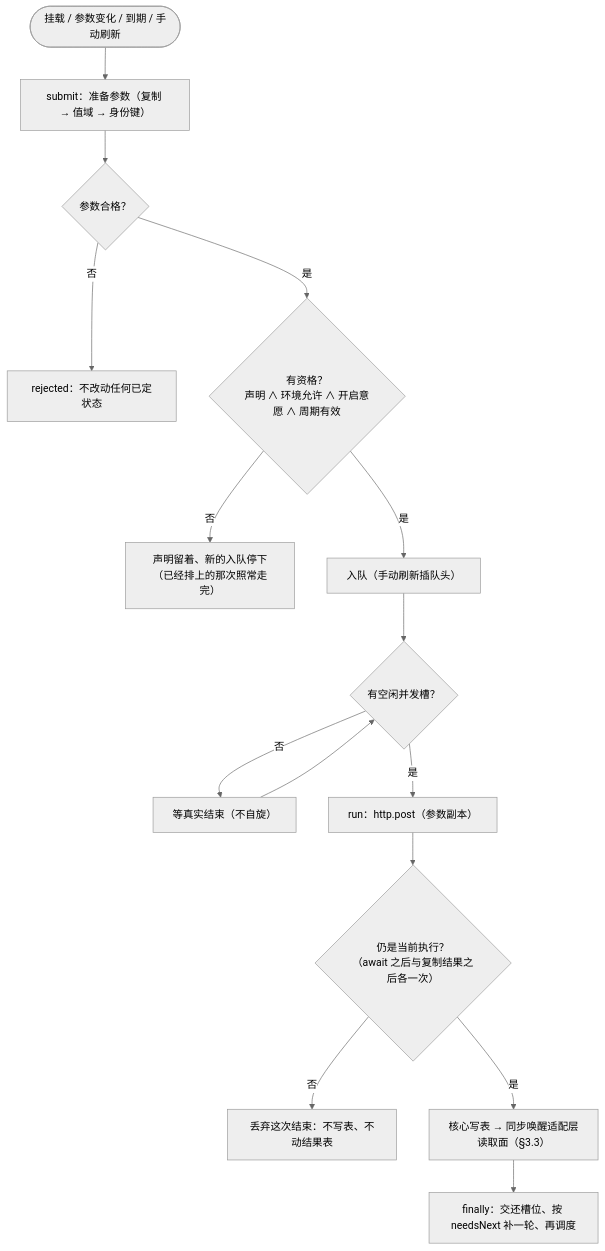
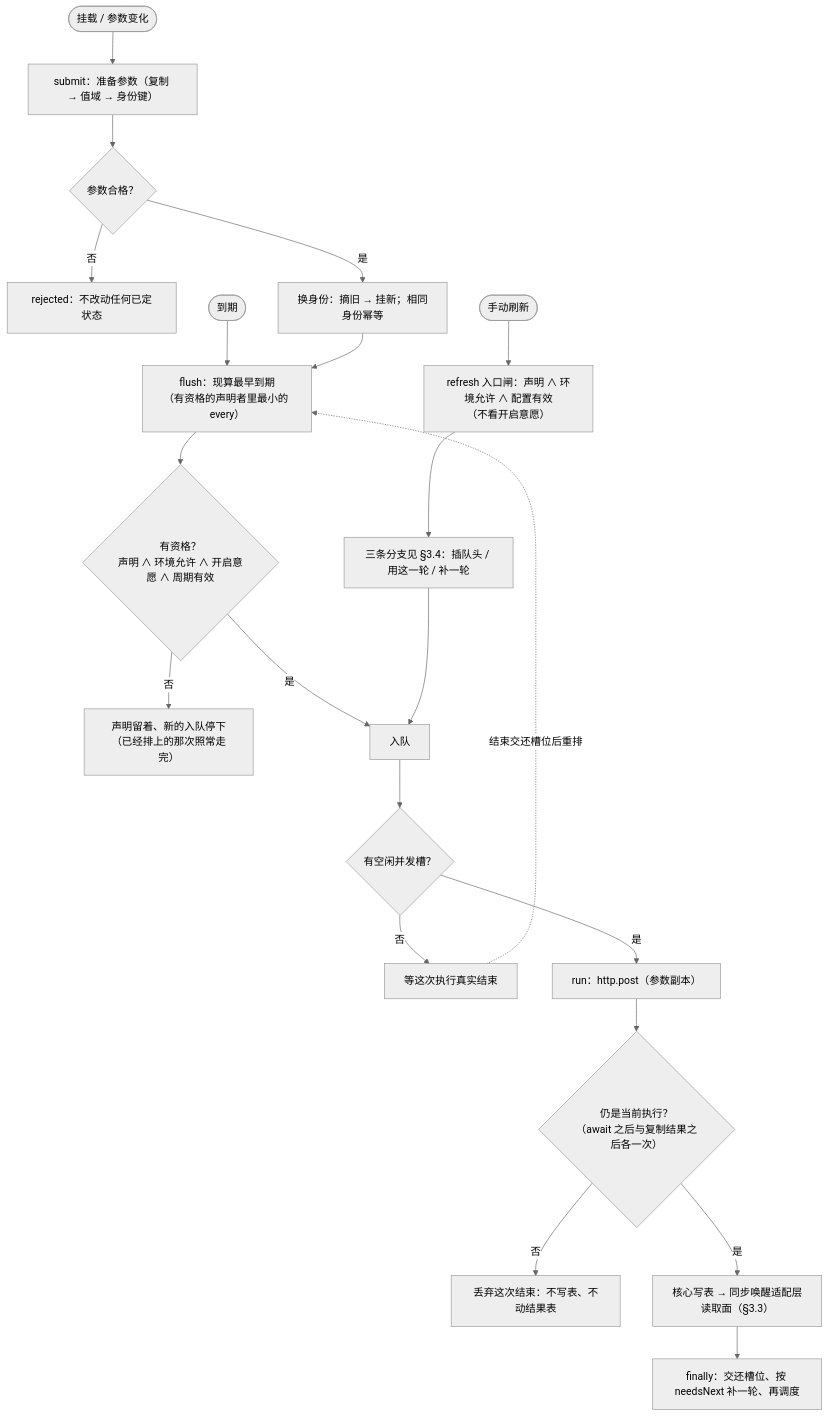
Before and after one commit to anjing0524/vue-refresh: the third of 4 diagrams in DESIGN.md, drawn with Mermaid (neutral theme). The commit also changed other lines of this file and 2 other files, not shown here.

Commit message:
DESIGN 修文档与图错误：删 §1.3 重复块、对齐失效引用与计数、四张图改对入口与分岔（ADR-119）

````diff
--- a/DESIGN.md
+++ b/DESIGN.md
@@ -348,17 +330,23 @@
 ```mermaid
 flowchart TD
-  Start(["挂载 / 参数变化 / 到期 / 手动刷新"]) --> Prep["submit：准备参数（复制 → 值域 → 身份键）"]
+  Mount(["挂载 / 参数变化"]) --> Prep["submit：准备参数（复制 → 值域 → 身份键）"]
   Prep --> Legal{"参数合格？"}
   Legal -->|"否"| Reject["rejected：不改动任何已定状态"]
-  Legal -->|"是"| Eligible{"有资格？<br/>声明 ∧ 环境允许 ∧ 开启意愿 ∧ 周期有效"}
+  Legal -->|"是"| Declare["换身份：摘旧 → 挂新；相同身份幂等"]
+  Due(["到期"]) --> Sched["flush：现算最早到期<br/>（有资格的声明者里最小的 every）"]
+  Declare --> Sched
+  Sched --> Eligible{"有资格？<br/>声明 ∧ 环境允许 ∧ 开启意愿 ∧ 周期有效"}
   Eligible -->|"否"| Hold["声明留着、新的入队停下<br/>（已经排上的那次照常走完）"]
-  Eligible -->|"是"| Enqueue["入队（手动刷新插队头）"]
+  Eligible -->|"是"| Enqueue["入队"]
+  Manual(["手动刷新"]) --> Gate["refresh 入口闸：声明 ∧ 环境允许 ∧ 配置有效<br/>（不看开启意愿）"]
+  Gate --> Cmd["三条分支见 §3.4：插队头 / 用这一轮 / 补一轮"]
+  Cmd --> Enqueue
   Enqueue --> Slot{"有空闲并发槽？"}
-  Slot -->|"否"| Wait["等真实结束（不自旋）"]
-  Wait --> Slot
+  Slot -->|"否"| Full["等这次执行真实结束"]
+  Full -. "结束交还槽位后重排" .-> Sched
   Slot -->|"是"| Run["run：http.post（参数副本）"]
   Run --> Current{"仍是当前执行？<br/>（await 之后与复制结果之后各一次）"}
   Current -->|"否"| Drop["丢弃这次结束：不写表、不动结果表"]
   Current -->|"是"| Write["核心写表 → 同步唤醒适配层读取面（§3.3）"]
   Write --> Finish["finally：交还槽位、按 needsNext 补一轮、再调度"]
 ```
````
